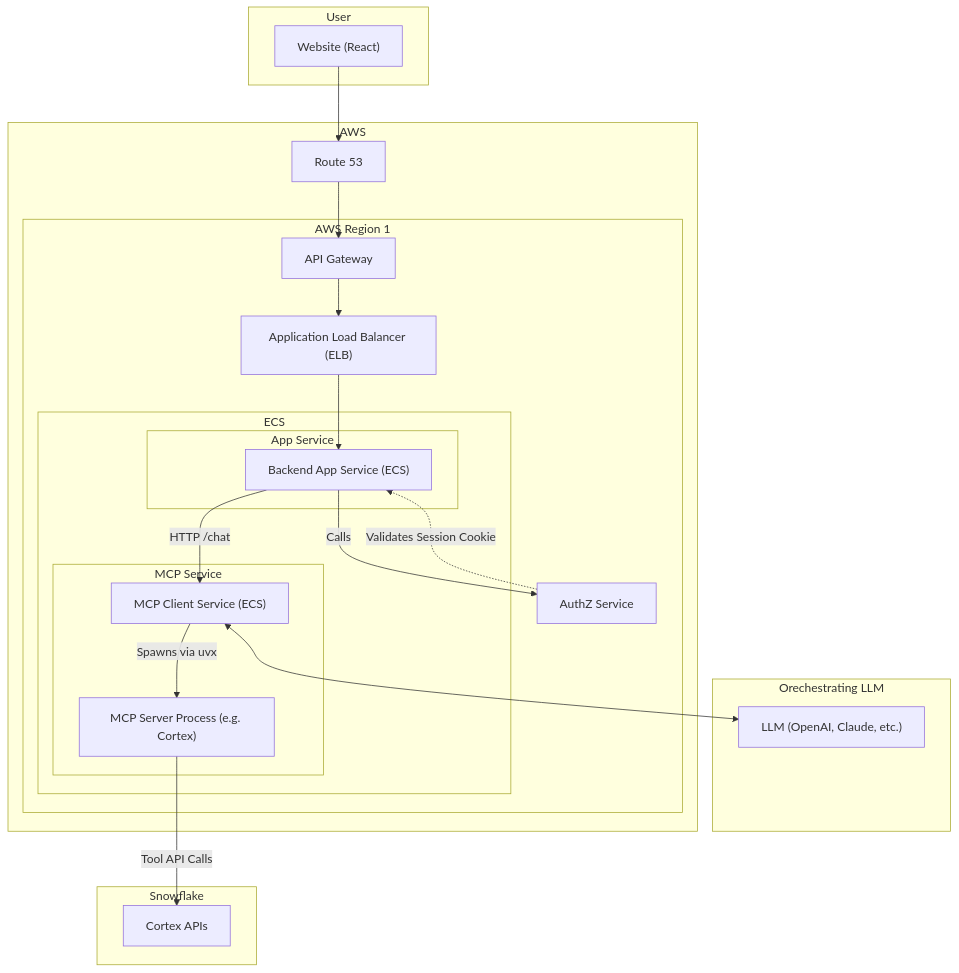
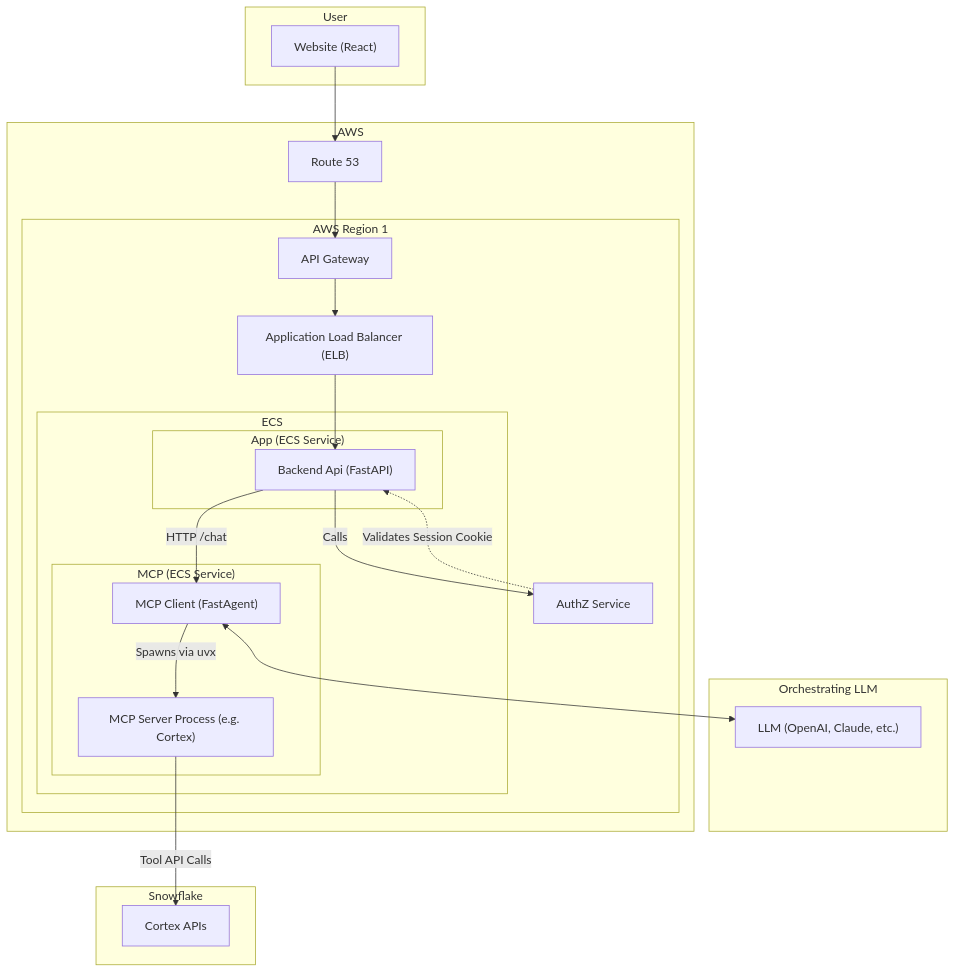
Before and after one commit to sfc-jneal/example-mcp-cortex-fastagent: the diagram in architecture.mmd, drawn with Mermaid. The commit also changed 2 other files, not shown here.

Commit message:
Update README and remove stale MCP Server import

```diff
--- a/architecture.mmd
+++ b/architecture.mmd
@@ -1,41 +1,41 @@
 graph TD
     subgraph User
         A["Website (React)"]
     end
 
-    subgraph Orechestrating LLM
+    subgraph Orchestrating LLM
         LLM["LLM (OpenAI, Claude, etc.)"]
     end
     
     subgraph "AWS"
             B["Route 53"]
             A --> B
             B --> C[API Gateway]
             subgraph "AWS Region 1"
                 
                 C --> D["Application Load Balancer (ELB)"]
                 
                 subgraph ECS
-                    subgraph "App Service"
-                        E["Backend App Service (ECS)"]
+                    subgraph "App (ECS Service)"
+                        E["Backend Api (FastAPI)"]
                     end 
-                    subgraph "MCP Service"
-                        F["MCP Client Service (ECS)"]
+                    subgraph "MCP (ECS Service)"
+                        F["MCP Client (FastAgent)"]
                         F -->|Spawns via uvx| G["MCP Server Process (e.g. Cortex)"]
                     end
                 end
                 F <--> LLM
                 D --> E
 
                 E -->|HTTP /chat| F
                 E -->|Calls| I[AuthZ Service]
             end
 
             I -.->|Validates Session Cookie| E
         end
 
     subgraph Snowflake
         H["Cortex APIs"]
     end
 
     G -->|Tool API Calls| H
```
